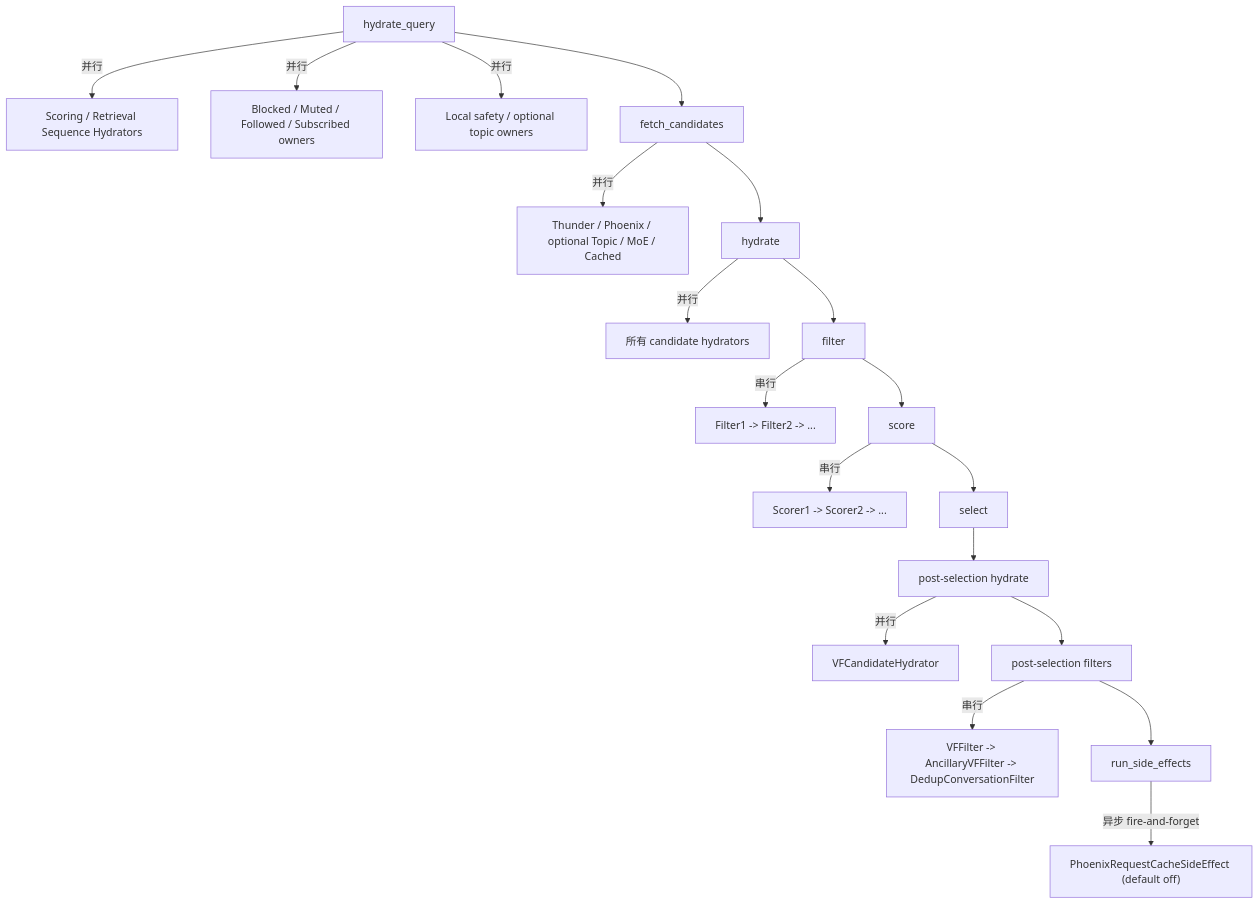
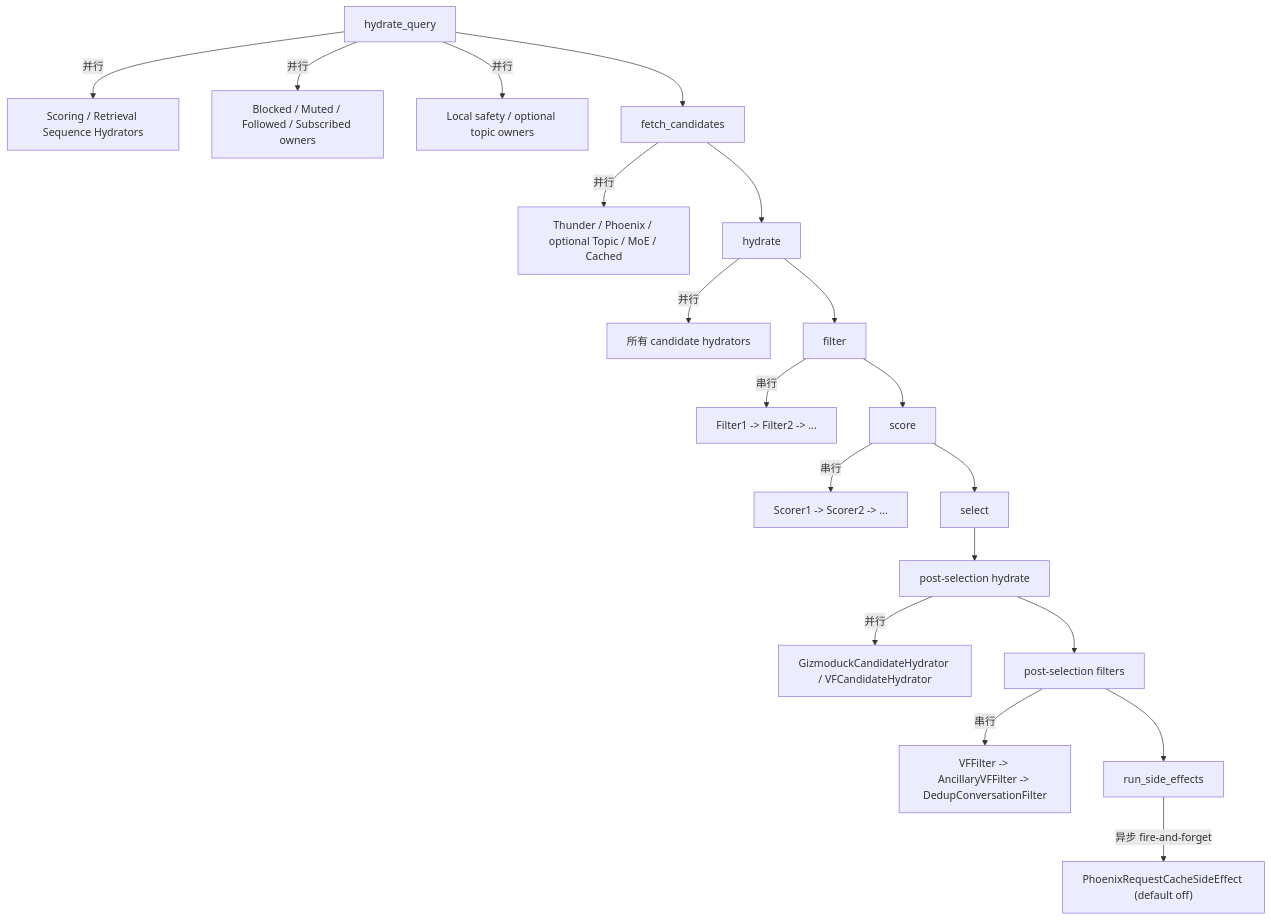
Before and after one commit to freefcw/x-algorithm: the third of 3 diagrams in docs/home-mixer/02-request-lifecycle.md, drawn with Mermaid. The commit also changed other lines of this file and 2 other files, not shown here.

````diff
--- a/docs/home-mixer/02-request-lifecycle.md
+++ b/docs/home-mixer/02-request-lifecycle.md
@@ -102,21 +102,21 @@
 ```mermaid
 flowchart TD
     A["hydrate_query"] -->|"并行"| A1["Scoring / Retrieval Sequence Hydrators"]
     A -->|"并行"| A2["Blocked / Muted / Followed / Subscribed owners"]
     A -->|"并行"| A3["Local safety / optional topic owners"]
     A --> B["fetch_candidates"]
     B -->|"并行"| B1["Thunder / Phoenix / optional Topic / MoE / Cached"]
     B --> C["hydrate"]
     C -->|"并行"| C1["所有 candidate hydrators"]
     C --> D["filter"]
     D -->|"串行"| D1["Filter1 -> Filter2 -> ..."]
     D --> E["score"]
     E -->|"串行"| E1["Scorer1 -> Scorer2 -> ..."]
     E --> F["select"]
     F --> G["post-selection hydrate"]
-    G -->|"并行"| G1["VFCandidateHydrator"]
+    G -->|"并行"| G1["GizmoduckCandidateHydrator / VFCandidateHydrator"]
     G --> H["post-selection filters"]
     H -->|"串行"| H1["VFFilter -> AncillaryVFFilter -> DedupConversationFilter"]
     H --> I["run_side_effects"]
     I -->|"异步 fire-and-forget"| I1["PhoenixRequestCacheSideEffect (default off)"]
 ```
````
